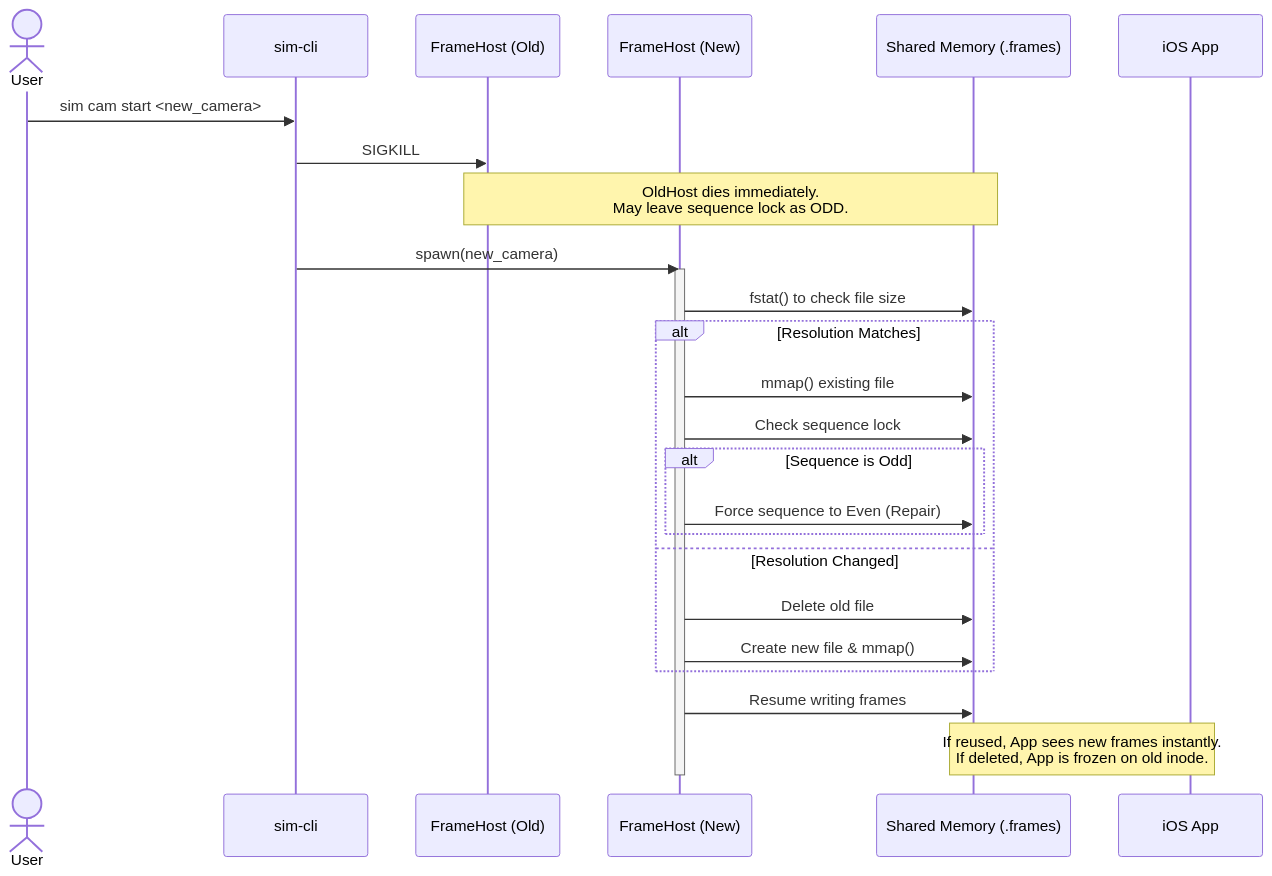
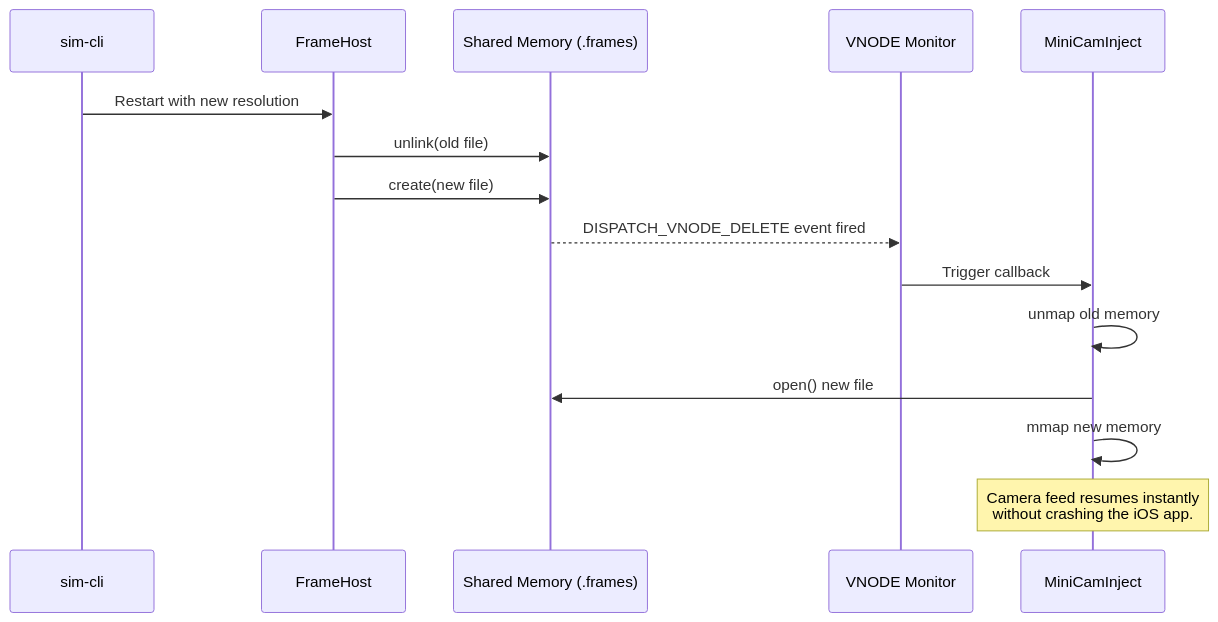
The second of 2 diagrams in docs/SIM_CAM_ARCHITECTURE.md (annurdien/sim-cli), drawn with Mermaid before and after one commit. The commit also changed other lines of this file and 12 other files, not shown here.

````diff
--- a/docs/SIM_CAM_ARCHITECTURE.md
+++ b/docs/SIM_CAM_ARCHITECTURE.md
@@ -218,31 +123,20 @@
 ```mermaid
 sequenceDiagram
-    actor User
     participant CLI as sim-cli
-    participant OldHost as FrameHost (Old)
-    participant NewHost as FrameHost (New)
+    participant FrameHost
     participant SHM as Shared Memory (.frames)
-    participant App as iOS App
+    participant VNODE as VNODE Monitor
+    participant Injector as MiniCamInject
 
-    User->>CLI: sim cam start <new_camera>
-    CLI->>OldHost: SIGKILL
-    Note over OldHost, SHM: OldHost dies immediately.<br>May leave sequence lock as ODD.
+    CLI->>FrameHost: Restart with new resolution
+    FrameHost->>SHM: unlink(old file)
+    FrameHost->>SHM: create(new file)
     
-    CLI->>NewHost: spawn(new_camera)
-    activate NewHost
-    NewHost->>SHM: fstat() to check file size
-    alt Resolution Matches
-        NewHost->>SHM: mmap() existing file
-        NewHost->>SHM: Check sequence lock
-        alt Sequence is Odd
-            NewHost->>SHM: Force sequence to Even (Repair)
-        end
-    else Resolution Changed
-        NewHost->>SHM: Delete old file
-        NewHost->>SHM: Create new file & mmap()
-    end
+    SHM-->>VNODE: DISPATCH_VNODE_DELETE event fired
+    VNODE->>Injector: Trigger callback
     
-    NewHost->>SHM: Resume writing frames
-    Note over SHM, App: If reused, App sees new frames instantly.<br>If deleted, App is frozen on old inode.
-    deactivate NewHost
+    Injector->>Injector: unmap old memory
+    Injector->>SHM: open() new file
+    Injector->>Injector: mmap new memory
+    Note over Injector: Camera feed resumes instantly<br>without crashing the iOS app.
 ```
````
